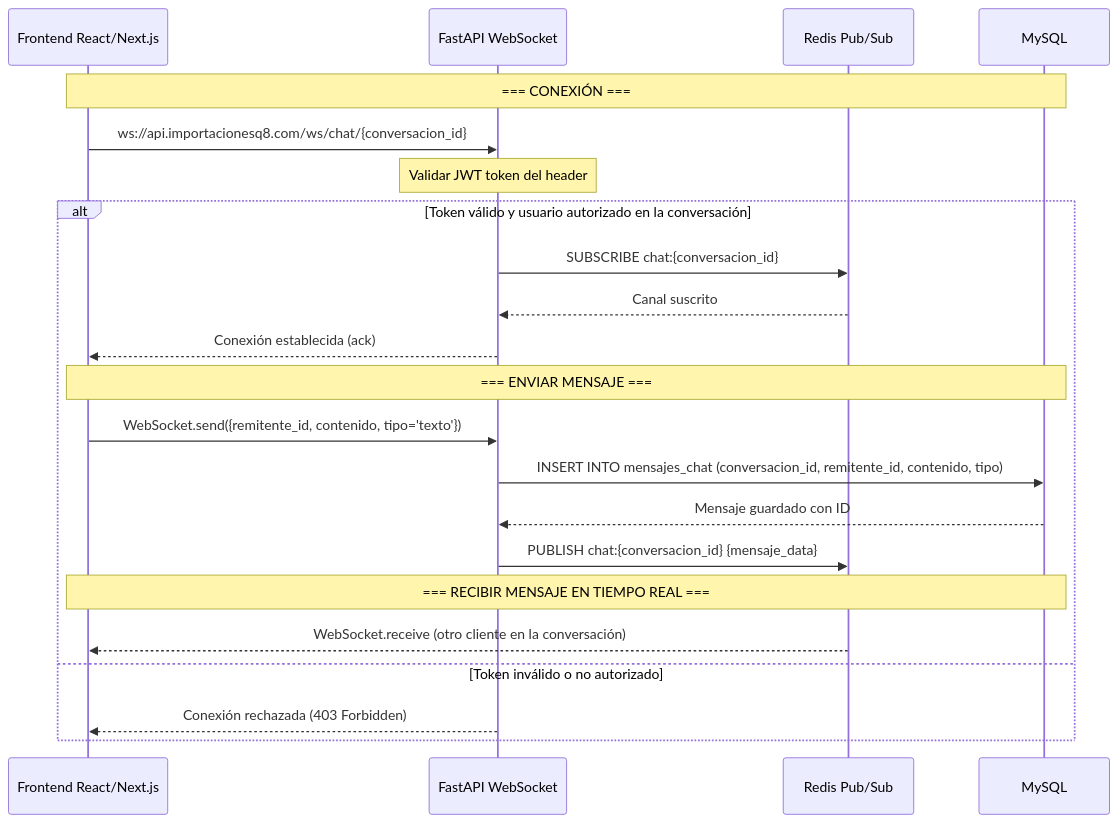
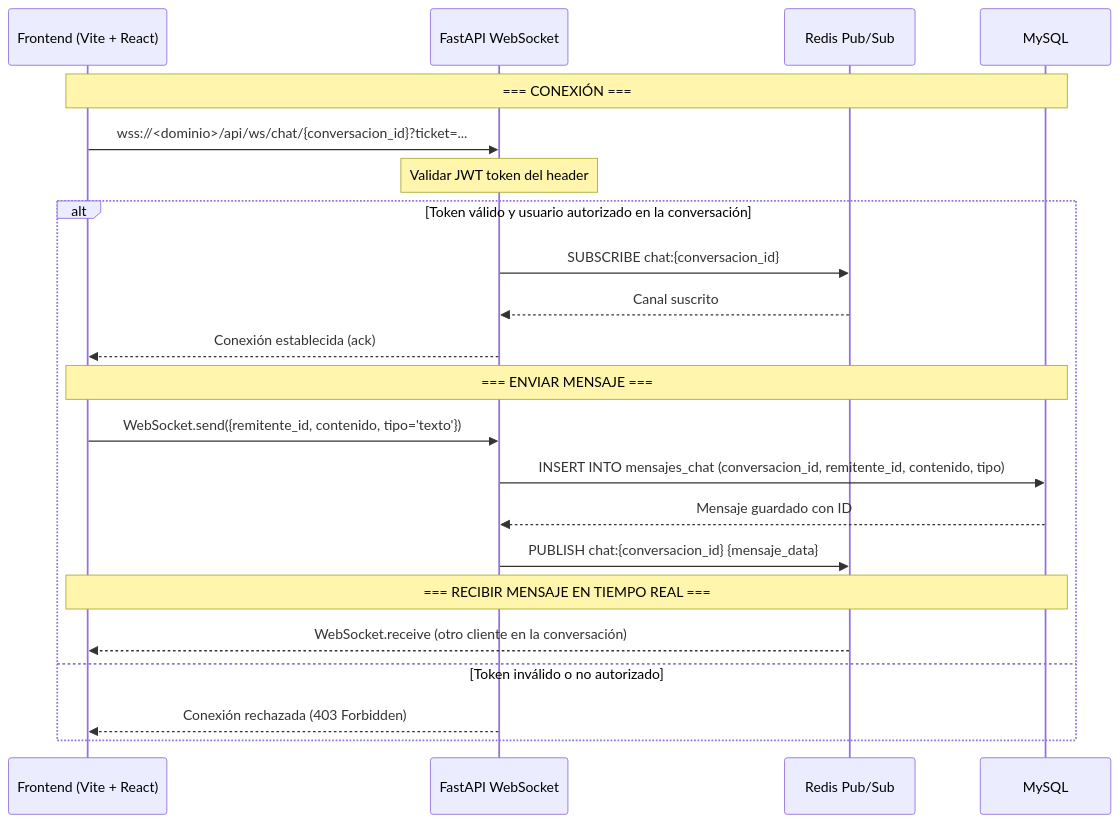
One commit to JuanEstebanAstaiza/ImportacionesQ8 changed the second of 3 diagrams in ImportacionesQ8V/03-Backend/Chat-WebSocket.md. Above: the diagram before and after it, drawn with Mermaid. The commit also changed other lines of this file and 43 other files, not shown here.

````diff
--- a/ImportacionesQ8V/03-Backend/Chat-WebSocket.md
+++ b/ImportacionesQ8V/03-Backend/Chat-WebSocket.md
@@ -52,27 +57,27 @@
 ```mermaid
 sequenceDiagram
-    participant F as Frontend React/Next.js
+    participant F as Frontend (Vite + React)
     participant W as FastAPI WebSocket
     participant R as Redis Pub/Sub
     participant D as MySQL
 
     Note over F,D: === CONEXIÓN ===
-    F->>W: ws://api.importacionesq8.com/ws/chat/{conversacion_id}
+    F->>W: wss://<dominio>/api/ws/chat/{conversacion_id}?ticket=...
     Note over W: Validar JWT token del header
     alt Token válido y usuario autorizado en la conversación
         W->>R: SUBSCRIBE chat:{conversacion_id}
         R-->>W: Canal suscrito
         W-->>F: Conexión establecida (ack)
         
         Note over F,D: === ENVIAR MENSAJE ===
         F->>W: WebSocket.send({remitente_id, contenido, tipo='texto'})
         W->>D: INSERT INTO mensajes_chat (conversacion_id, remitente_id, contenido, tipo)
         D-->>W: Mensaje guardado con ID
         W->>R: PUBLISH chat:{conversacion_id} {mensaje_data}
         
         Note over F,D: === RECIBIR MENSAJE EN TIEMPO REAL ===
         R-->>F: WebSocket.receive (otro cliente en la conversación)
     else Token inválido o no autorizado
         W-->>F: Conexión rechazada (403 Forbidden)
     end
 ```
````
